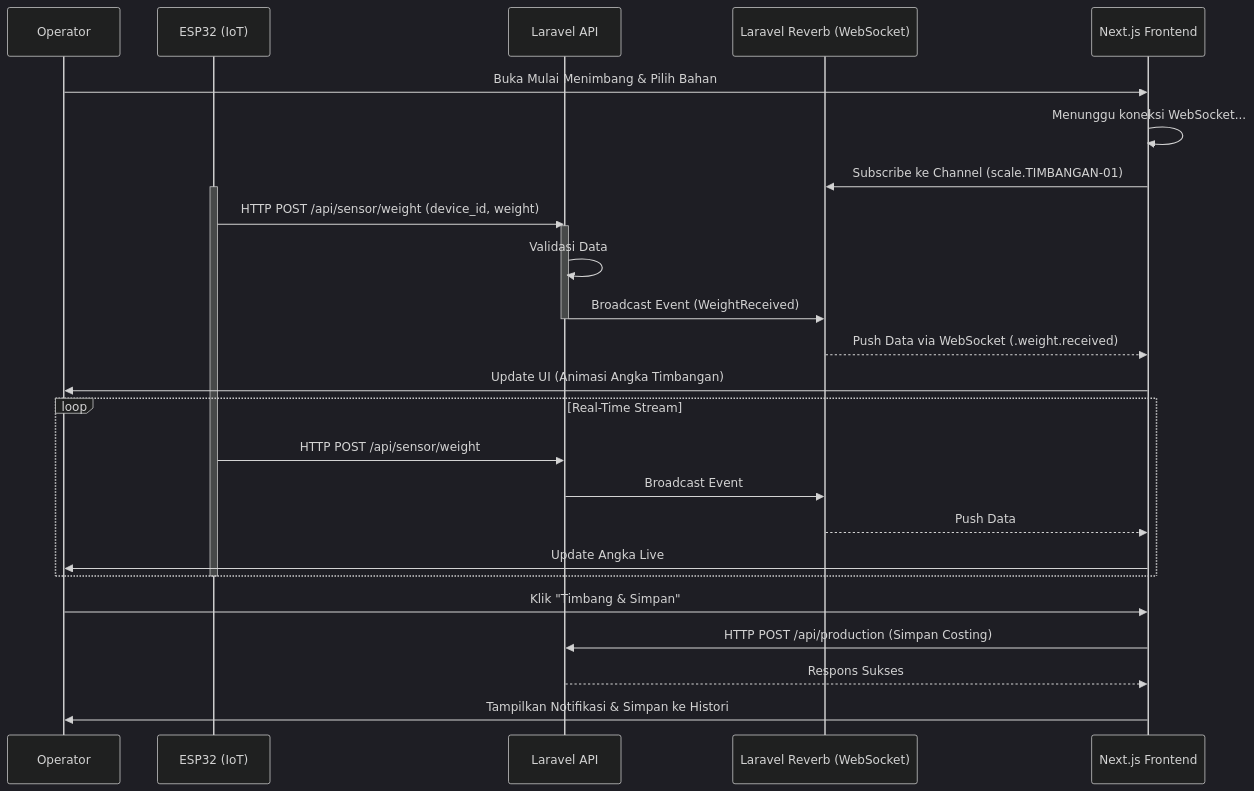
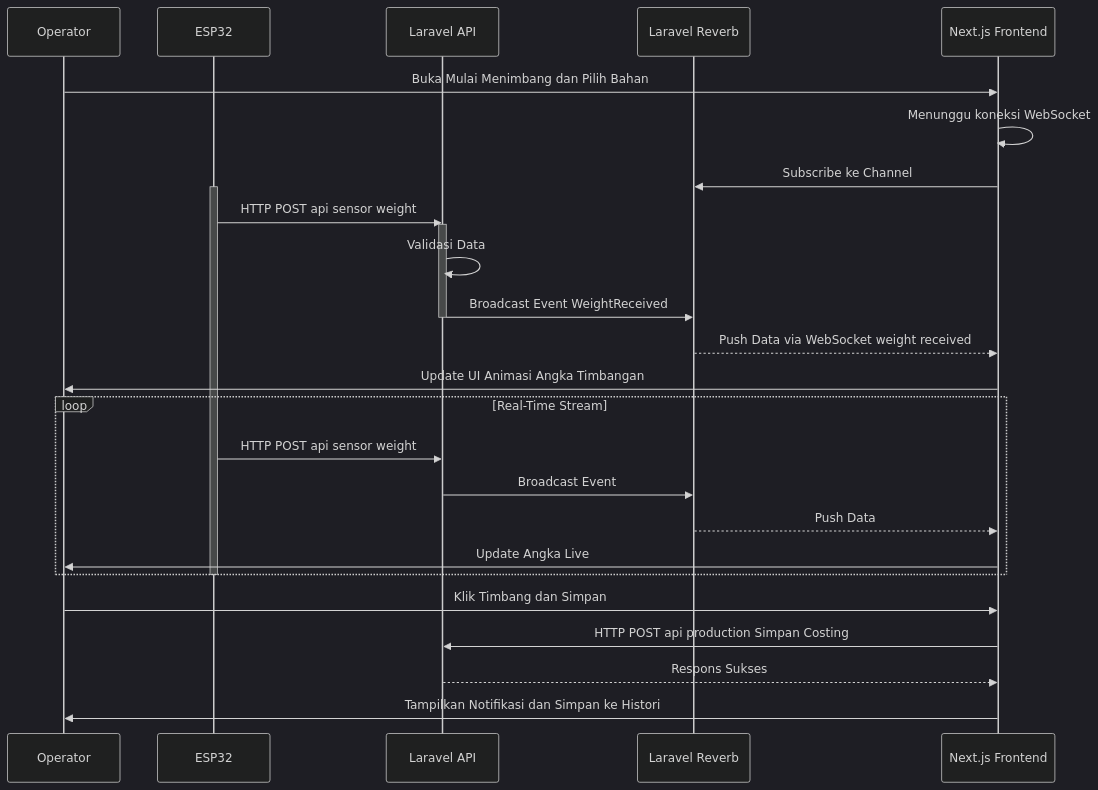
Before and after one commit to algar12/-MAGANG_PT_BINA_revisi: the first of 4 diagrams in Dokumentasi/UML_Diagrams.md, drawn with Mermaid (dark theme). The commit also changed other lines of this file, not shown here.

Commit message:
Sanitize all Mermaid nodes to ensure GitHub rendering

````diff
--- a/Dokumentasi/UML_Diagrams.md
+++ b/Dokumentasi/UML_Diagrams.md
@@ -11,34 +11,34 @@
 ```mermaid
 sequenceDiagram
     participant O as Operator
-    participant E as ESP32 (IoT)
+    participant E as ESP32
     participant A as Laravel API
-    participant R as Laravel Reverb (WebSocket)
+    participant R as Laravel Reverb
     participant F as Next.js Frontend
 
-    O->>F: Buka Mulai Menimbang & Pilih Bahan
-    F->>F: Menunggu koneksi WebSocket...
-    F->>R: Subscribe ke Channel (scale.TIMBANGAN-01)
+    O->>F: Buka Mulai Menimbang dan Pilih Bahan
+    F->>F: Menunggu koneksi WebSocket
+    F->>R: Subscribe ke Channel
     
     activate E
-    E->>A: HTTP POST /api/sensor/weight (device_id, weight)
+    E->>A: HTTP POST api sensor weight
     activate A
     A->>A: Validasi Data
-    A->>R: Broadcast Event (WeightReceived)
+    A->>R: Broadcast Event WeightReceived
     deactivate A
-    R-->>F: Push Data via WebSocket (.weight.received)
-    F->>O: Update UI (Animasi Angka Timbangan)
+    R-->>F: Push Data via WebSocket weight received
+    F->>O: Update UI Animasi Angka Timbangan
     
     loop Real-Time Stream
-        E->>A: HTTP POST /api/sensor/weight
+        E->>A: HTTP POST api sensor weight
         A->>R: Broadcast Event
         R-->>F: Push Data
         F->>O: Update Angka Live
     end
     deactivate E
 
-    O->>F: Klik "Timbang & Simpan"
-    F->>A: HTTP POST /api/production (Simpan Costing)
+    O->>F: Klik Timbang dan Simpan
+    F->>A: HTTP POST api production Simpan Costing
     A-->>F: Respons Sukses
-    F->>O: Tampilkan Notifikasi & Simpan ke Histori
+    F->>O: Tampilkan Notifikasi dan Simpan ke Histori
 ```
````
